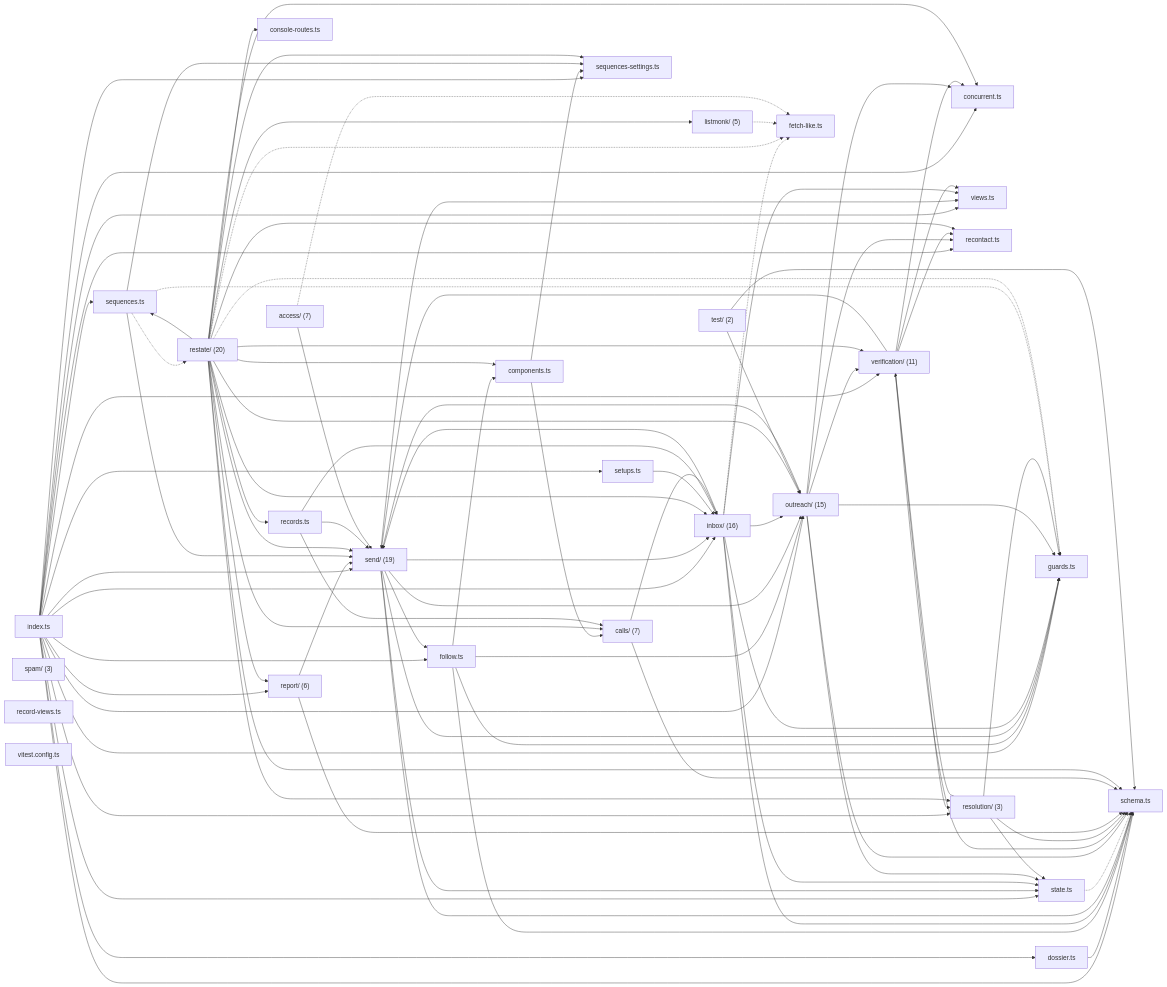
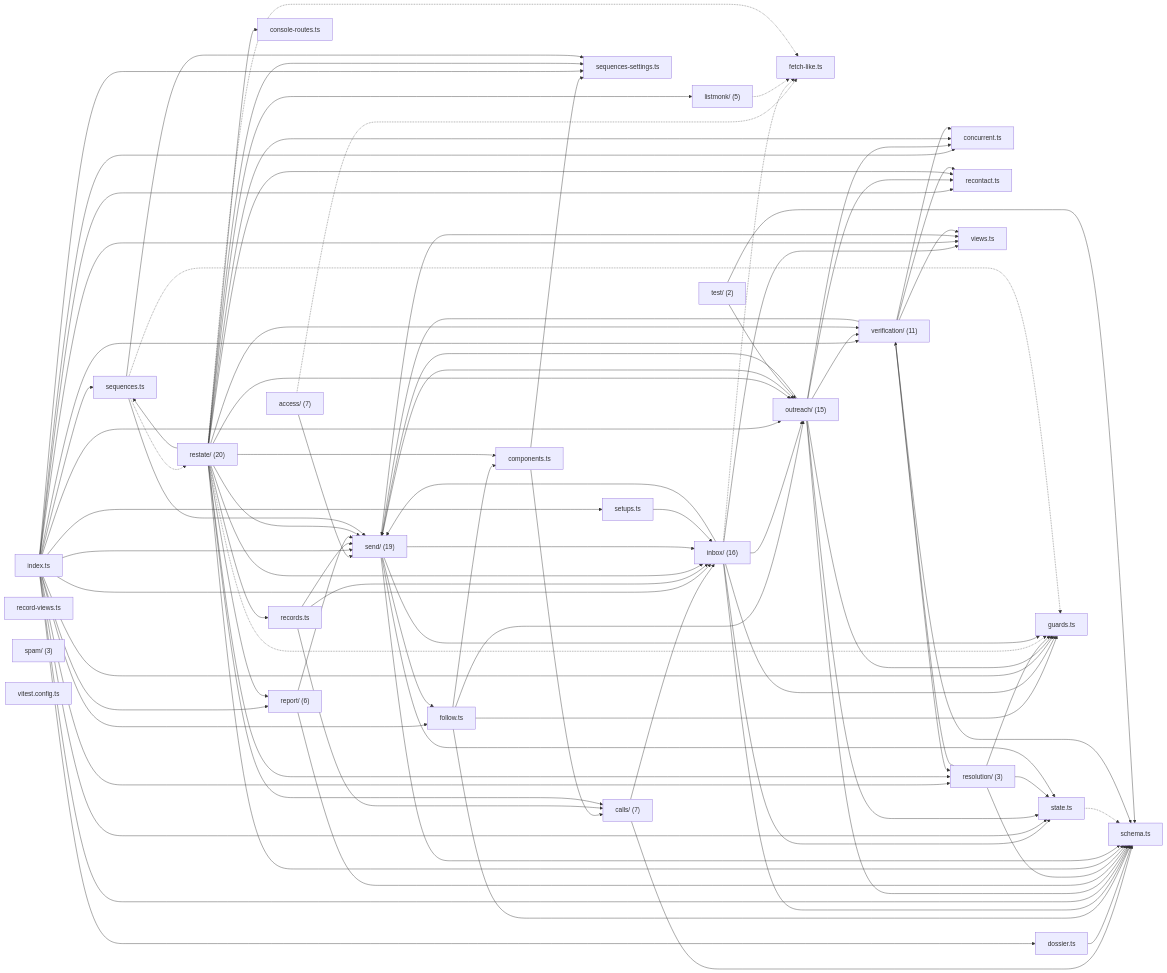
Before and after one commit to wrenautomation/wren: the diagram in map/generated/imports/@wren+channel-email.md, drawn with Mermaid. The commit also changed other lines of this file and 96 other files, not shown here.

````diff
--- a/map/generated/imports/@wren+channel-email.md
+++ b/map/generated/imports/@wren+channel-email.md
@@ -21,35 +21,53 @@
 ```mermaid
 flowchart LR
+  naccess_["access/ (7)"]
+  ncalls_["calls/ (7)"]
+  ncomponents_ts["components.ts"]
+  nconcurrent_ts["concurrent.ts"]
+  nconsole_routes_ts["console-routes.ts"]
+  ndossier_ts["dossier.ts"]
+  nfetch_like_ts["fetch-like.ts"]
+  nfollow_ts["follow.ts"]
+  nguards_ts["guards.ts"]
+  ninbox_["inbox/ (16)"]
+  nindex_ts["index.ts"]
+  nlistmonk_["listmonk/ (5)"]
+  noutreach_["outreach/ (15)"]
+  nrecontact_ts["recontact.ts"]
+  nrecord_views_ts["record-views.ts"]
+  nrecords_ts["records.ts"]
+  nreport_["report/ (6)"]
+  nresolution_["resolution/ (3)"]
+  nrestate_["restate/ (20)"]
+  nschema_ts["schema.ts"]
   nsend_["send/ (19)"]
-  nindex_ts["index.ts"]
-  nconcurrent_ts["concurrent.ts"]
-  ndossier_ts["dossier.ts"]
-  nschema_ts["schema.ts"]
-  nfollow_ts["follow.ts"]
-  ncomponents_ts["components.ts"]
-  ncalls_["calls/ (7)"]
   nsequences_settings_ts["sequences-settings.ts"]
-  nguards_ts["guards.ts"]
-  noutreach_["outreach/ (15)"]
-  ninbox_["inbox/ (16)"]
+  nsequences_ts["sequences.ts"]
+  nsetups_ts["setups.ts"]
+  nspam_["spam/ (3)"]
   nstate_ts["state.ts"]
+  nverification_["verification/ (11)"]
   nviews_ts["views.ts"]
-  nfetch_like_ts["fetch-like.ts"]
-  nrecontact_ts["recontact.ts"]
-  nverification_["verification/ (11)"]
-  nresolution_["resolution/ (3)"]
-  nreport_["report/ (6)"]
-  nsequences_ts["sequences.ts"]
-  nrestate_["restate/ (20)"]
-  nsetups_ts["setups.ts"]
-  nconsole_routes_ts["console-routes.ts"]
-  nrecords_ts["records.ts"]
-  nlistmonk_["listmonk/ (5)"]
-  nspam_["spam/ (3)"]
-  naccess_["access/ (7)"]
-  nrecord_views_ts["record-views.ts"]
   ntest_["test/ (2)"]
   nvitest_config_ts["vitest.config.ts"]
+  naccess_ -.-> nfetch_like_ts
+  naccess_ --> nsend_
+  ncalls_ --> nschema_ts
+  ncalls_ --> ninbox_
+  ncomponents_ts --> ncalls_
+  ncomponents_ts --> nsequences_settings_ts
+  ndossier_ts --> nschema_ts
+  nfollow_ts --> ncomponents_ts
+  nfollow_ts --> nguards_ts
+  nfollow_ts --> noutreach_
+  nfollow_ts --> nschema_ts
+  ninbox_ --> nsend_
+  ninbox_ --> nschema_ts
+  ninbox_ -.-> nfetch_like_ts
+  ninbox_ --> nviews_ts
+  ninbox_ --> nguards_ts
+  ninbox_ --> nstate_ts
+  ninbox_ --> noutreach_
   nindex_ts --> nconcurrent_ts
   nindex_ts --> ndossier_ts
   nindex_ts --> nfollow_ts
@@ -67,28 +85,7 @@
   nindex_ts --> nstate_ts
   nindex_ts --> nverification_
   nindex_ts --> nviews_ts
-  ndossier_ts --> nschema_ts
-  nfollow_ts --> ncomponents_ts
-  nfollow_ts --> nguards_ts
-  nfollow_ts --> noutreach_
-  nfollow_ts --> nschema_ts
-  ncomponents_ts --> ncalls_
-  ncomponents_ts --> nsequences_settings_ts
-  ninbox_ --> nschema_ts
-  ninbox_ --> nsend_
-  nsend_ --> nguards_ts
-  nsend_ --> noutreach_
-  nsend_ --> nschema_ts
-  nsend_ --> nstate_ts
-  nsend_ --> nviews_ts
-  nstate_ts -.-> nschema_ts
-  ninbox_ -.-> nfetch_like_ts
-  ninbox_ --> nguards_ts
-  ninbox_ --> nviews_ts
-  nsend_ --> nfollow_ts
-  nsend_ --> ninbox_
-  ninbox_ --> nstate_ts
-  ninbox_ --> noutreach_
+  nlistmonk_ -.-> nfetch_like_ts
   noutreach_ --> nguards_ts
   noutreach_ --> nrecontact_ts
   noutreach_ --> nschema_ts
@@ -96,49 +93,52 @@
   noutreach_ --> nstate_ts
   noutreach_ --> nconcurrent_ts
   noutreach_ --> nverification_
-  nverification_ --> nconcurrent_ts
-  nverification_ --> nrecontact_ts
-  nverification_ --> nresolution_
-  nverification_ --> nschema_ts
-  nverification_ --> nviews_ts
-  nresolution_ --> nschema_ts
+  nrecords_ts --> ncalls_
+  nrecords_ts --> ninbox_
+  nrecords_ts --> nsend_
   nreport_ --> nsend_
   nreport_ --> nschema_ts
+  nresolution_ --> nschema_ts
   nresolution_ --> nguards_ts
   nresolution_ --> nstate_ts
   nresolution_ --> nverification_
-  nsequences_ts -.-> nguards_ts
-  nsequences_ts -.-> nrestate_
-  nsequences_ts --> nsend_
-  nsequences_ts --> nsequences_settings_ts
+  nrestate_ --> ninbox_
+  nrestate_ --> ncalls_
+  nrestate_ -.-> nfetch_like_ts
   nrestate_ -.-> nguards_ts
   nrestate_ --> noutreach_
   nrestate_ --> nrecontact_ts
   nrestate_ --> nsend_
   nrestate_ --> nsequences_ts
-  nrestate_ --> ncomponents_ts
-  nrestate_ --> ninbox_
-  nsetups_ts --> ninbox_
-  nverification_ --> nsend_
-  nrestate_ --> ncalls_
-  ncalls_ --> nschema_ts
-  nrestate_ -.-> nfetch_like_ts
   nrestate_ --> nconsole_routes_ts
   nrestate_ --> nrecords_ts
   nrestate_ --> nsequences_settings_ts
-  nrecords_ts --> ncalls_
-  nrecords_ts --> ninbox_
-  nrecords_ts --> nsend_
   nrestate_ --> nverification_
+  nrestate_ --> nlistmonk_
   nrestate_ --> nschema_ts
-  nrestate_ --> nlistmonk_
-  nlistmonk_ -.-> nfetch_like_ts
+  nrestate_ --> ncomponents_ts
+  nrestate_ --> nreport_
   nrestate_ --> nconcurrent_ts
   nrestate_ --> nresolution_
-  nrestate_ --> nreport_
-  ncalls_ --> ninbox_
-  naccess_ -.-> nfetch_like_ts
-  naccess_ --> nsend_
+  nsend_ --> nschema_ts
+  nsend_ --> nguards_ts
+  nsend_ --> noutreach_
+  nsend_ --> nstate_ts
+  nsend_ --> nviews_ts
+  nsend_ --> nfollow_ts
+  nsend_ --> ninbox_
+  nsequences_ts -.-> nguards_ts
+  nsequences_ts -.-> nrestate_
+  nsequences_ts --> nsend_
+  nsequences_ts --> nsequences_settings_ts
+  nsetups_ts --> ninbox_
+  nstate_ts -.-> nschema_ts
+  nverification_ --> nschema_ts
+  nverification_ --> nsend_
+  nverification_ --> nconcurrent_ts
+  nverification_ --> nrecontact_ts
+  nverification_ --> nresolution_
+  nverification_ --> nviews_ts
   ntest_ --> noutreach_
   ntest_ --> nschema_ts
 ```
````
